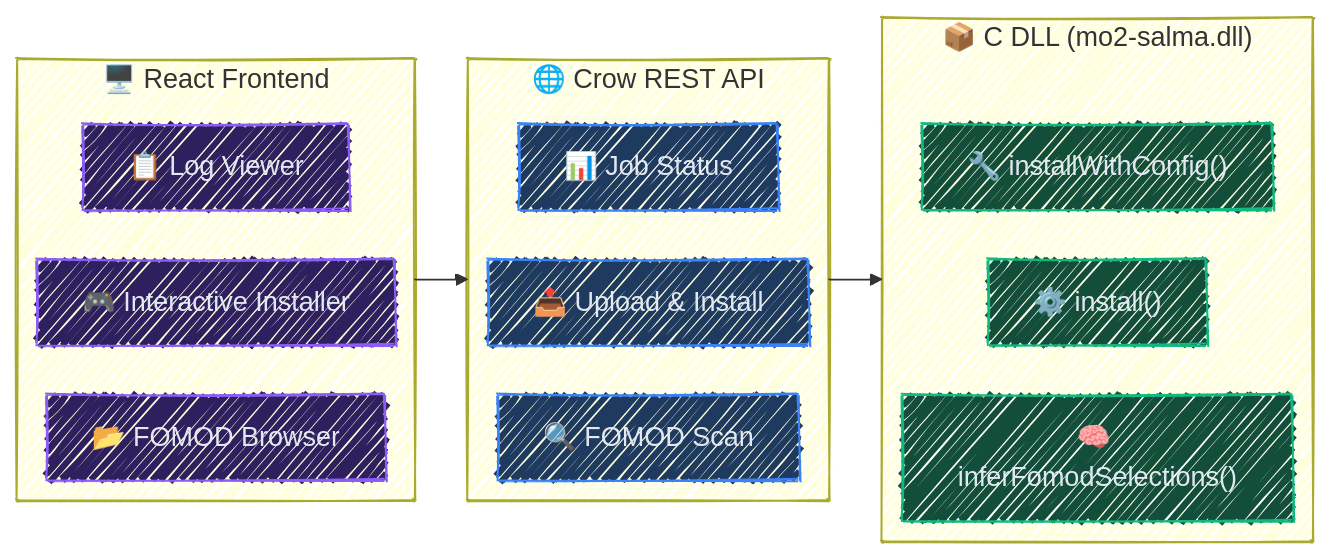
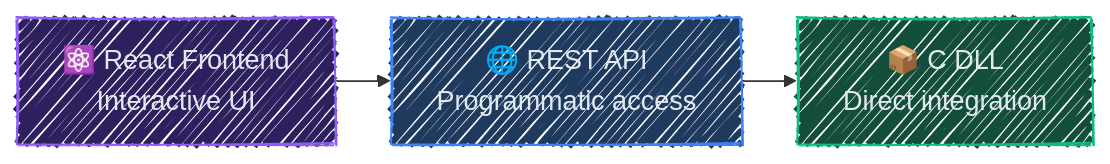
The first of 3 diagrams in README.md (lextpf/salma), drawn with Mermaid before and after one commit. The commit also changed other lines of this file, not shown here.

Commit message:
📝 Simplify Interface diagram and expand Architecture diagram

````diff
--- a/README.md
+++ b/README.md
@@ -62,35 +62,20 @@
 ```mermaid
 ---
 config:
   look: handDrawn
   theme: mc
   themeVariables:
     fontSize: 18px
   layout: elk
 ---
 graph LR
     classDef dll fill:#134e3a,stroke:#10b981,color:#e2e8f0
     classDef api fill:#1e3a5f,stroke:#3b82f6,color:#e2e8f0
     classDef web fill:#2e1f5e,stroke:#8b5cf6,color:#e2e8f0
 
-    subgraph DLL["📦 C DLL (mo2-salma.dll)"]
-        Install["⚙️ install()"]:::dll
-        Infer["🧠 inferFomodSelections()"]:::dll
-        Config["🔧 installWithConfig()"]:::dll
-    end
+    Web["⚛️ React Frontend<br/>Interactive UI"]:::web
+    API["🌐 REST API<br/>Programmatic access"]:::api
+    DLL["📦 C DLL<br/>Direct integration"]:::dll
 
-    subgraph API["🌐 Crow REST API"]
-        Upload["📤 Upload & Install"]:::api
-        Scan["🔍 FOMOD Scan"]:::api
-        Status["📊 Job Status"]:::api
-    end
-
-    subgraph Web["🖥️ React Frontend"]
-        UI["🎮 Interactive Installer"]:::web
-        FomodView["📂 FOMOD Browser"]:::web
-        Logs["📋 Log Viewer"]:::web
-    end
-
-    Web --> API
-    API --> DLL
+    Web --> API --> DLL
 ```
````
